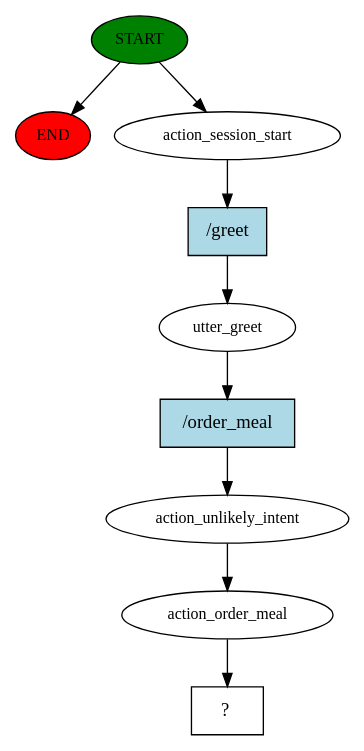
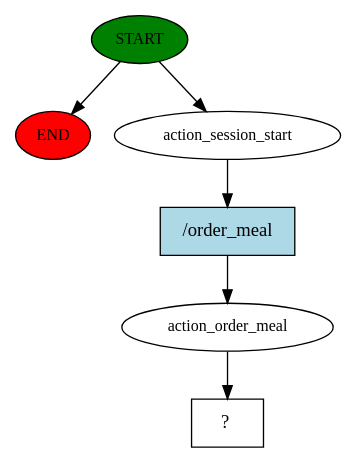
Before and after one commit to omasso1/jezyki_skryptowe: the diagram in chatbot/story_graph.dot, drawn with Graphviz. The commit also changed 24 other files, not shown here.

```diff
--- a/chatbot/story_graph.dot
+++ b/chatbot/story_graph.dot
@@ -1,19 +1,13 @@
 digraph  {
 0 [class="start active", fillcolor=green, fontsize=12, label=START, style=filled];
 "-1" [class=end, fillcolor=red, fontsize=12, label=END, style=filled];
 1 [class=active, fontsize=12, label=action_session_start];
-2 [class=active, fontsize=12, label=utter_greet];
-3 [class=active, fontsize=12, label=action_unlikely_intent];
-4 [class=active, fontsize=12, label=action_order_meal];
-5 [class="intent dashed active", label="  ?  ", shape=rect];
-6 [class="intent active", fillcolor=lightblue, label="/greet", shape=rect, style=filled];
-7 [class="intent active", fillcolor=lightblue, label="/order_meal", shape=rect, style=filled];
+2 [class=active, fontsize=12, label=action_order_meal];
+3 [class="intent dashed active", label="  ?  ", shape=rect];
+4 [class="intent active", fillcolor=lightblue, label="/order_meal", shape=rect, style=filled];
 0 -> "-1"  [class="", key=NONE, label=""];
 0 -> 1  [class=active, key=NONE, label=""];
-1 -> 6  [class=active, key=0];
-2 -> 7  [class=active, key=0];
-3 -> 4  [class=active, key=NONE, label=""];
-4 -> 5  [class=active, key=NONE, label=""];
-6 -> 2  [class=active, key=0];
-7 -> 3  [class=active, key=0];
+1 -> 4  [class=active, key=0];
+2 -> 3  [class=active, key=NONE, label=""];
+4 -> 2  [class=active, key=0];
 }
```
